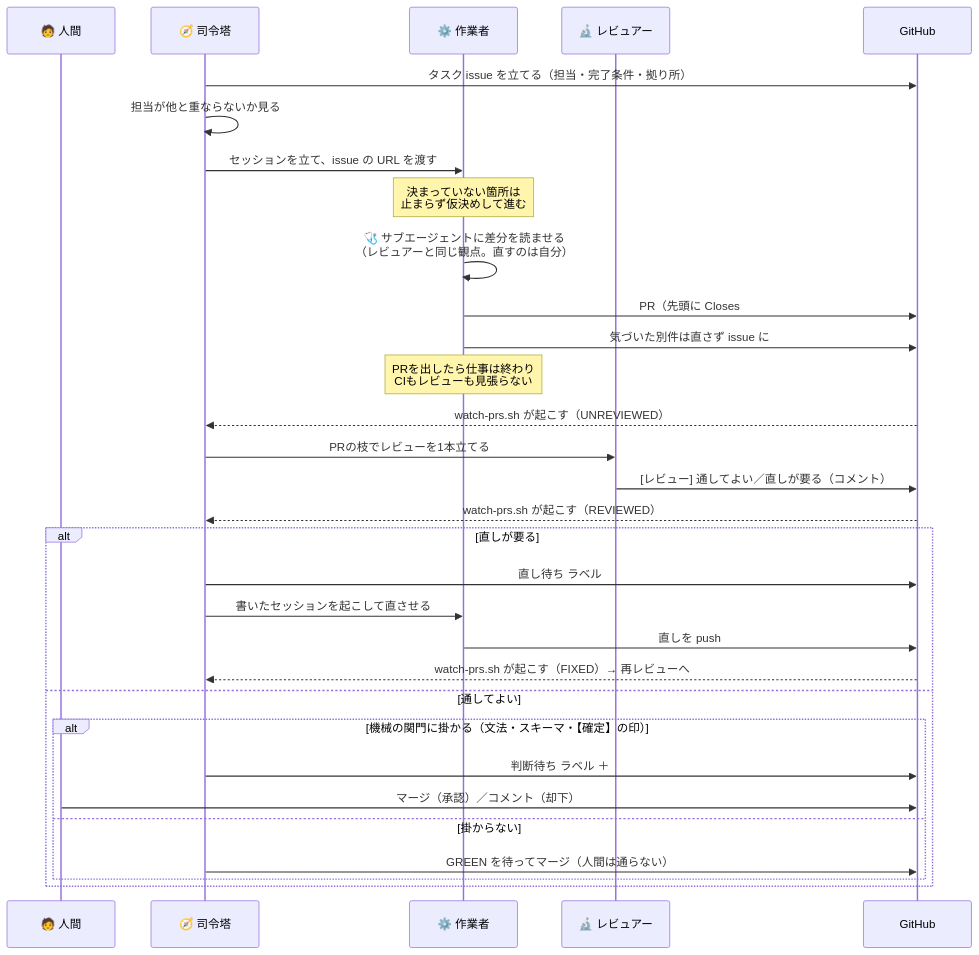
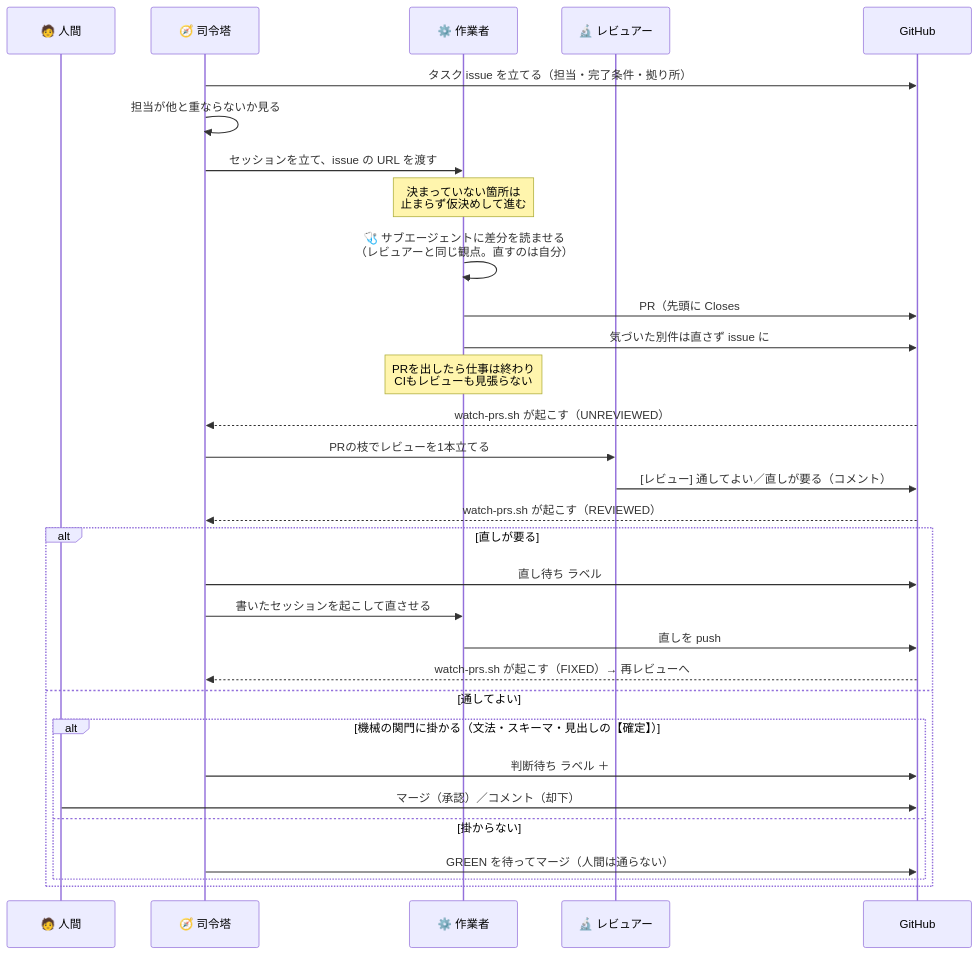
One commit to gooyyu1/UnmappedIsland changed the third of 5 diagrams in docs/ParallelAgents.md. Above: the diagram before and after it, drawn with Mermaid. The commit also changed other lines of this file and 8 other files, not shown here.

````diff
--- a/docs/ParallelAgents.md
+++ b/docs/ParallelAgents.md
@@ -193,35 +193,35 @@
 ```mermaid
 sequenceDiagram
     participant H as 🧑 人間
     participant C as 🧭 司令塔
     participant W as ⚙️ 作業者
     participant R as 🔬 レビュアー
     participant G as GitHub
 
     C->>G: タスク issue を立てる（担当・完了条件・拠り所）
     C->>C: 担当が他と重ならないか見る
     C->>W: セッションを立て、issue の URL を渡す
     Note over W: 決まっていない箇所は<br/>止まらず仮決めして進む
     W->>W: 🩺 サブエージェントに差分を読ませる<br/>（レビュアーと同じ観点。直すのは自分）
     W->>G: PR（先頭に Closes #N と ## 仮決め）
     W->>G: 気づいた別件は直さず issue に
     Note over W: PRを出したら仕事は終わり<br/>CIもレビューも見張らない
     G-->>C: watch-prs.sh が起こす（UNREVIEWED）
     C->>R: PRの枝でレビューを1本立てる
     R->>G: [レビュー] 通してよい／直しが要る（コメント）
     G-->>C: watch-prs.sh が起こす（REVIEWED）
 
     alt 直しが要る
         C->>G: 直し待ち ラベル
         C->>W: 書いたセッションを起こして直させる
         W->>G: 直しを push
         G-->>C: watch-prs.sh が起こす（FIXED）→ 再レビューへ
     else 通してよい
-        alt 機械の関門に掛かる（文法・スキーマ・【確定】の印）
+        alt 機械の関門に掛かる（文法・スキーマ・見出しの【確定】）
             C->>G: 判断待ち ラベル ＋ #732 の先頭へ1行
             H->>G: マージ（承認）／コメント（却下）
         else 掛からない
             C->>G: GREEN を待ってマージ（人間は通らない）
         end
     end
 ```
````
